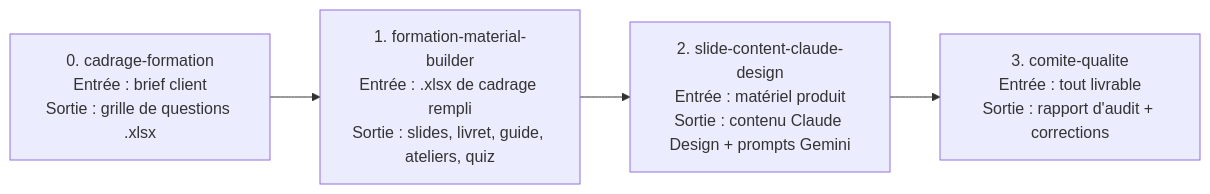
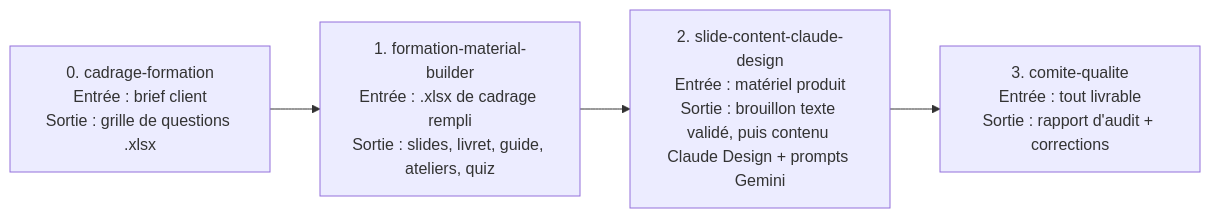
Before and after one commit to jabessouguie/claude-training-pipeline: the first of 2 diagrams in ONBOARDING.md, drawn with Mermaid. The commit also changed other lines of this file and 54 other files, not shown here.

First line of the commit message:
US-21 — slide-content-claude-design produit un brouillon texte seul avant la couche visuelle (#16)

````diff
--- a/ONBOARDING.md
+++ b/ONBOARDING.md
@@ -9,6 +9,6 @@
 ```mermaid
 flowchart LR
     A["0. cadrage-formation<br/>Entrée : brief client<br/>Sortie : grille de questions .xlsx"] --> B["1. formation-material-builder<br/>Entrée : .xlsx de cadrage rempli<br/>Sortie : slides, livret, guide, ateliers, quiz"]
-    B --> C["2. slide-content-claude-design<br/>Entrée : matériel produit<br/>Sortie : contenu Claude Design + prompts Gemini"]
+    B --> C["2. slide-content-claude-design<br/>Entrée : matériel produit<br/>Sortie : brouillon texte validé, puis contenu Claude Design + prompts Gemini"]
     C --> D["3. comite-qualite<br/>Entrée : tout livrable<br/>Sortie : rapport d'audit + corrections"]
 ```
````
